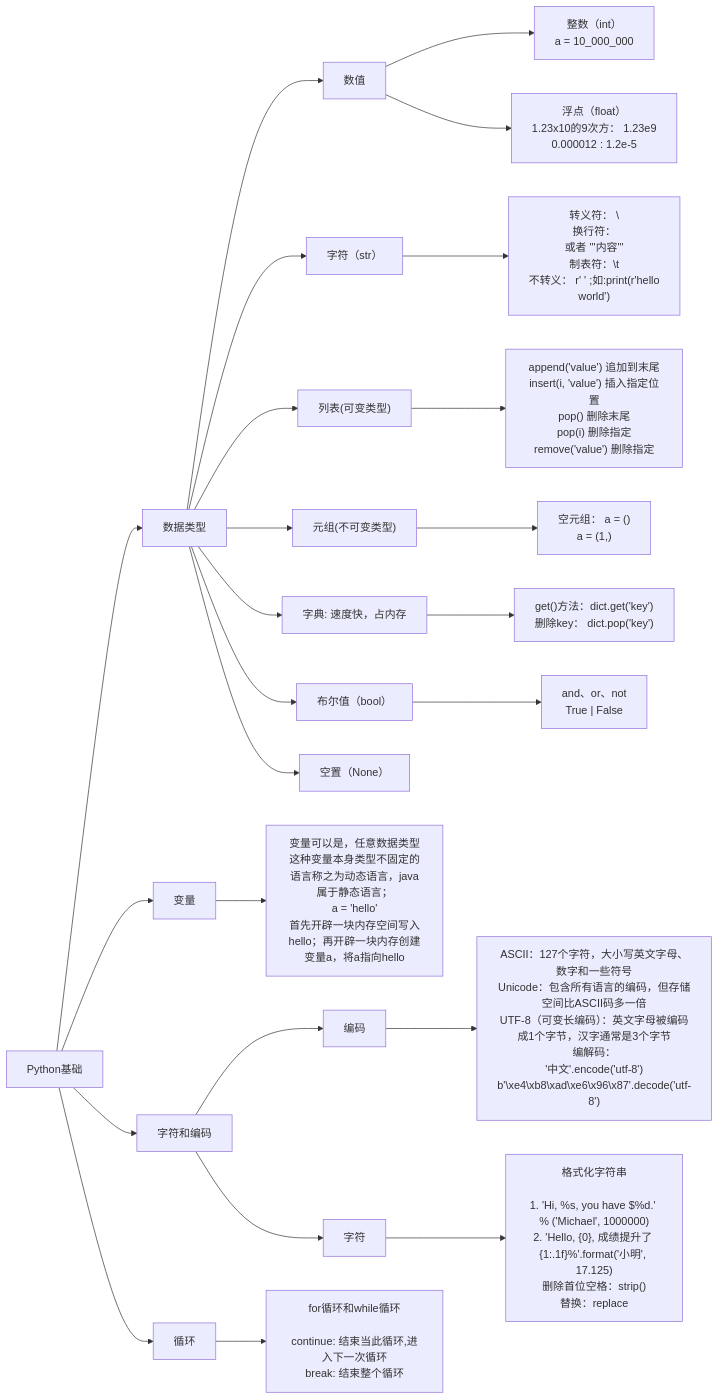
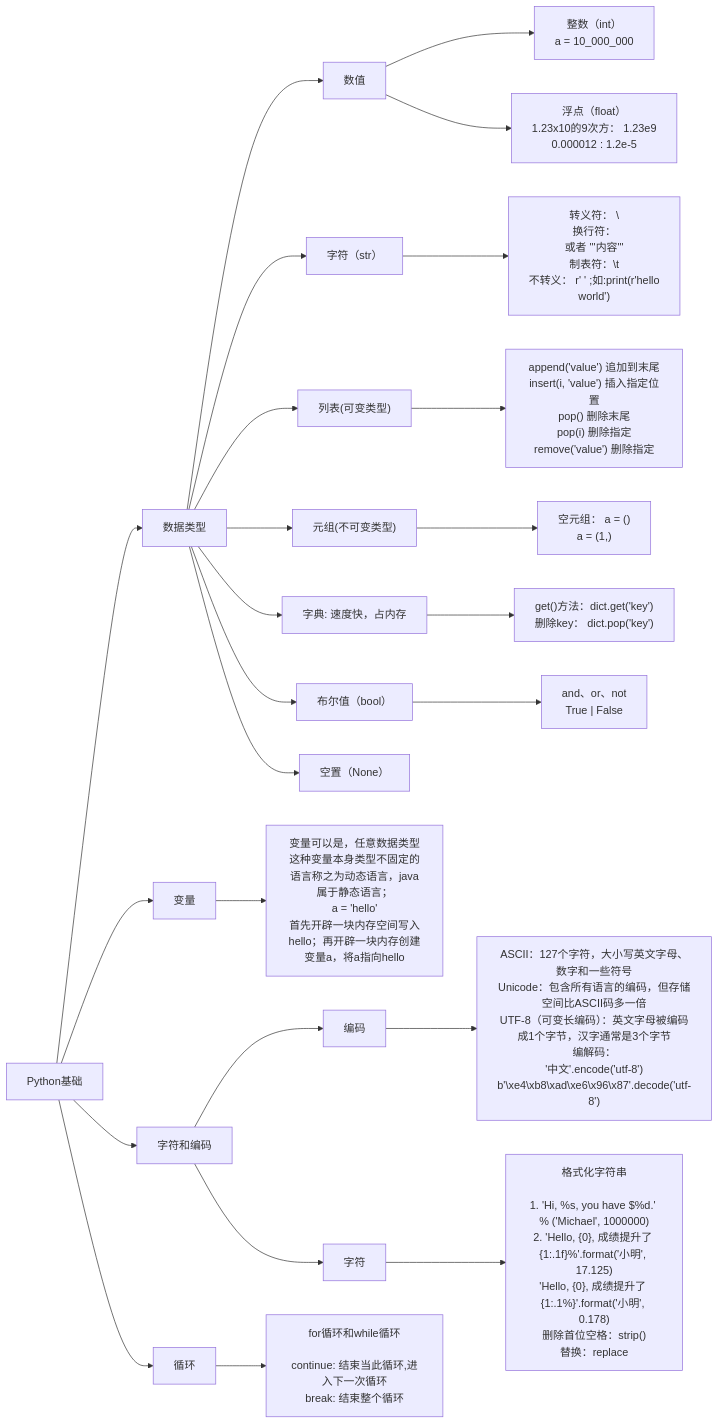
Before and after one commit to tanxw123123/Tech: the first of 7 diagrams in linux/Ronnie/Python.md, drawn with Mermaid. The commit also changed other lines of this file and 1 other file, not shown here.

````diff
--- a/linux/Ronnie/Python.md
+++ b/linux/Ronnie/Python.md
@@ -400,28 +400,28 @@
 ```mermaid
 graph LR;
 A["Python基础"]-->B["数据类型"]
 B-->C["数值"]
 B-->D["字符（str）"]
 B-->R["列表(可变类型)"]
 B-->S["元组(不可变类型)"]
 B-->T["字典: 速度快，占内存"]
 R-->U["append('value') 追加到末尾<br>insert(i, 'value') 插入指定位置<br>pop() 删除末尾<br>pop(i) 删除指定<br>remove('value') 删除指定"]
 S-->V["空元组： a = ()<br> a = (1,)"]
 T-->W["get()方法：dict.get('key')<br>删除key： dict.pop('key')"]
 B-->E["布尔值（bool）"]
 B-->F["空置（None）"]
 C-->G["整数（int）<br>a = 10_000_000"]
 C-->H["浮点（float）<br>1.23x10的9次方： 1.23e9<br>0.000012 : 1.2e-5"]
 D-->I["转义符： \<br>换行符：\n 或者 '''内容'''<br>制表符：\t<br>不转义： r' ' ;如:print(r'hello\nworld')"]
 E-->J["and、or、not<br>True | False"]
 A-->K["变量"]
 K-->L["变量可以是，任意数据类型<br>这种变量本身类型不固定的语言称之为动态语言，java属于静态语言；<br>a = 'hello'<br>首先开辟一块内存空间写入hello；再开辟一块内存创建变量a，将a指向hello"]
 A-->M["字符和编码"]
 M-->N["编码"]
 M-->O["字符"]
 N-->P["ASCII：127个字符，大小写英文字母、数字和一些符号<br>Unicode：包含所有语言的编码，但存储空间比ASCII码多一倍<br>UTF-8（可变长编码）：英文字母被编码成1个字节，汉字通常是3个字节<br>编解码：<br>'中文'.encode('utf-8')<br>b'\xe4\xb8\xad\xe6\x96\x87'.decode('utf-8')"]
-O-->Q["格式化字符串<br><br>1. 'Hi, %s, you have $%d.' % ('Michael', 1000000)<br>2. 'Hello, {0}, 成绩提升了 {1:.1f}%'.format('小明', 17.125)<br>删除首位空格：strip()<br>替换：replace"]
+O-->Q["格式化字符串<br><br>1. 'Hi, %s, you have $%d.' % ('Michael', 1000000)<br>2. 'Hello, {0}, 成绩提升了 {1:.1f}%'.format('小明', 17.125)<br>'Hello, {0}, 成绩提升了 {1:.1%}'.format('小明', 0.178)<br>删除首位空格：strip()<br>替换：replace"]
 A-->X["循环"]
 X-->Y["for循环和while循环<br><br>continue: 结束当此循环,进入下一次循环<br>break: 结束整个循环"]
 
 ```
````
